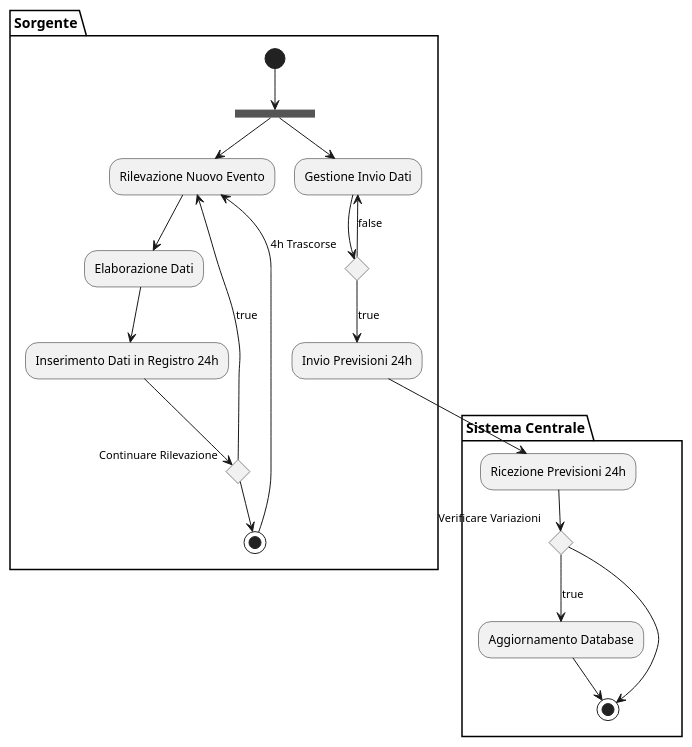
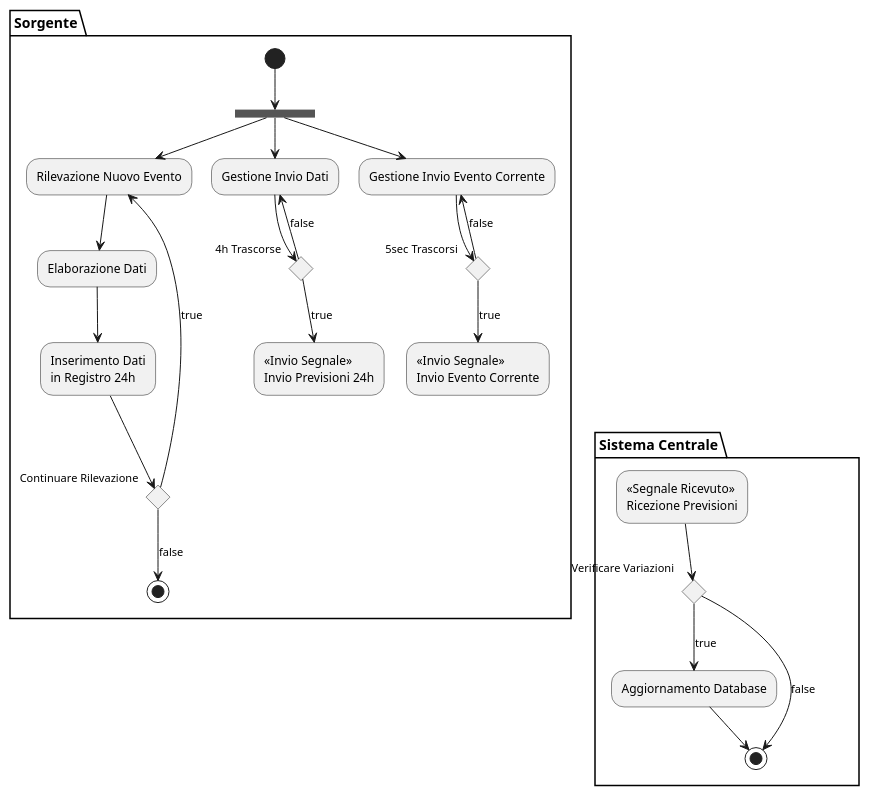
One commit to xFA25E/sweng_14_2019 changed the diagram in UML/src/activity/sorgente-sistema_centrale.puml. Above: the diagram before and after it, drawn with PlantUML.

Commit message:
Replace sorgente-sistema_centrale.puml

```diff
--- a/UML/src/activity/sorgente-sistema_centrale.puml
+++ b/UML/src/activity/sorgente-sistema_centrale.puml
@@ -1,29 +1,35 @@
 @startuml
 
 partition Sorgente {
-    (*) --> ===S1===
-    ===S1=== --> "Rilevazione Nuovo Evento"
-    --> "Elaborazione Dati"
-    --> "Inserimento Dati in Registro 24h"
-    --> if "Continuare Rilevazione"
-        --> [true] "Rilevazione Nuovo Evento"
-    else
-        --> (*top)
-    --> "Rilevazione Nuovo Evento"
-    ===S1=== --> "Gestione Invio Dati"
-    --> if "4h Trascorse" then
-        --> [true] "Invio Previsioni 24h"
-    else
-        --> [false] "Gestione Invio Dati"
+	(*) --> ===S1===
+	===S1=== --> "Rilevazione Nuovo Evento"
+	--> "Elaborazione Dati"
+	--> "Inserimento Dati
+	in Registro 24h"
+	--> if "Continuare Rilevazione"
+		--> [true] "Rilevazione Nuovo Evento"
+	else
+		--> [false] (*top)
+	===S1=== --> "Gestione Invio Dati"
+	--> if "4h Trascorse" then
+		--> [true] "<<Invio Segnale>>\nInvio Previsioni 24h"
+	else
+		--> [false] "Gestione Invio Dati"
+	===S1=== --> "Gestione Invio Evento Corrente"
+	--> if "5sec Trascorsi" then
+		--> [true] "<<Invio Segnale>>\nInvio Evento Corrente"
+	else
+		--> [false] "Gestione Invio Evento Corrente"
+	
 }
 
 partition "Sistema Centrale" {
-    "Invio Previsioni 24h" --> "Ricezione Previsioni 24h"
-    --> if "Verificare Variazioni"
-        --> [true] "Aggiornamento Database"
-    else
-        --> (*)
-    "Aggiornamento Database" --> (*)
+	"<<Invio Segnale>>\nInvio Previsioni 24h" -[hidden]-> "<<Segnale Ricevuto>>\nRicezione Previsioni"
+	--> if "Verificare Variazioni"
+		--> [true] "Aggiornamento Database"
+	else
+		--> [false] (*)
+	"Aggiornamento Database" --> (*)
 }
 
 @enduml
```
